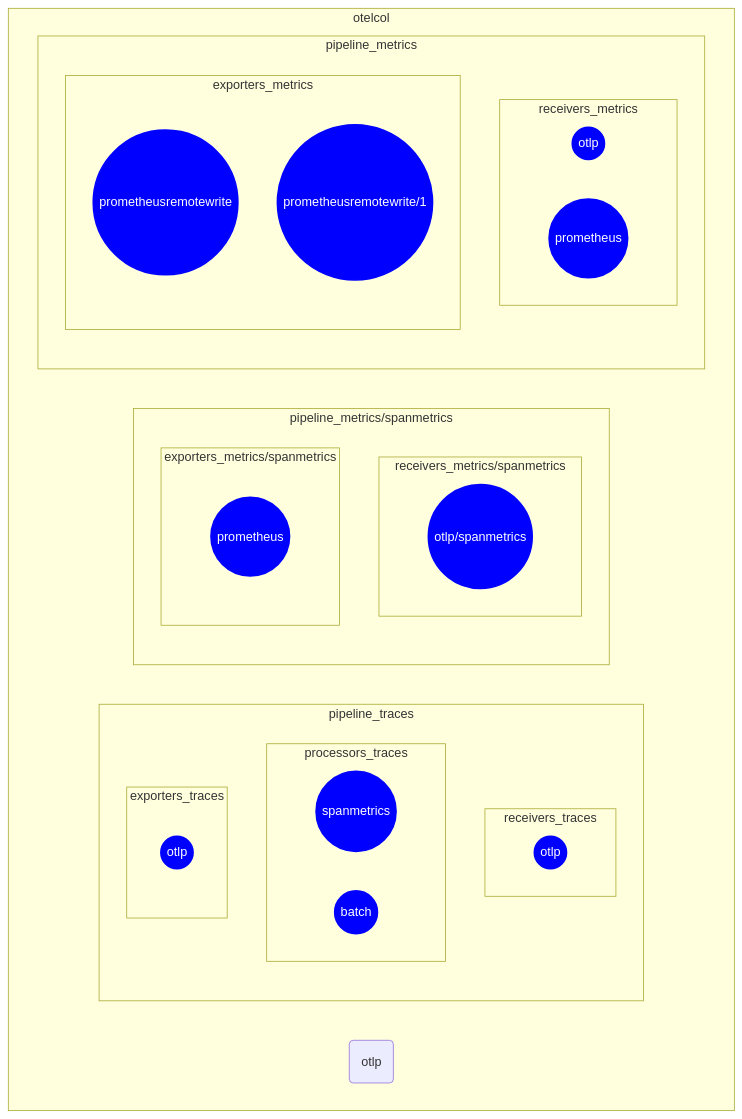
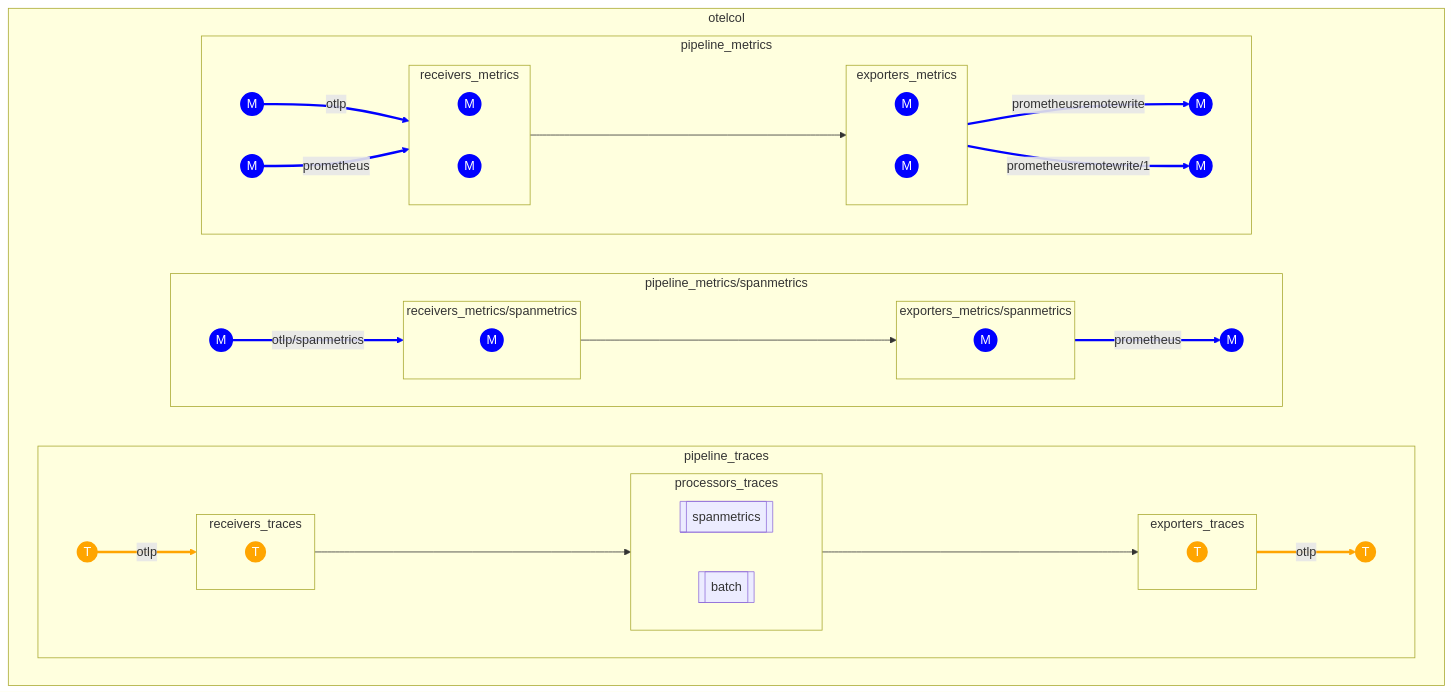
Before and after one commit to devrimdemiroz/opentelemetry-browser: the diagram in docs/GeneratedDiagram.md, drawn with Mermaid. The commit also changed 1 other file, not shown here.

Commit message:
otelcol visualizer - works for the given sample, need to feed more

````diff
--- a/docs/GeneratedDiagram.md
+++ b/docs/GeneratedDiagram.md
@@ -1,39 +1,67 @@
 ```mermaid
 flowchart TD
 classDef tclass fill:orange,stroke:orange,stroke-width:2px,color:#fff
 classDef mclass fill:blue,stroke:blue,stroke-width:2px,color:#fff
 subgraph otelcol
 direction LR
-subgraph pipeline_traces
-subgraph receivers_traces
-M0((otlp)):::mclass
-end
-subgraph processors_traces
-M1((spanmetrics)):::mclass
-M2((batch)):::mclass
-end
-subgraph exporters_traces
-M3((otlp)):::mclass
-end
-end
-subgraph pipeline_metrics/spanmetrics
-subgraph receivers_metrics/spanmetrics
-M4((otlp/spanmetrics)):::mclass
-end
-subgraph exporters_metrics/spanmetrics
-M5((prometheus)):::mclass
-end
-end
-subgraph pipeline_metrics
-subgraph receivers_metrics
-M6((otlp)):::mclass
-M7((prometheus)):::mclass
-end
-subgraph exporters_metrics
-M8((prometheusremotewrite)):::mclass
-M9((prometheusremotewrite/1)):::mclass
-end
-end
-te(otlp)
+  subgraph pipeline_traces
+  direction LR
+      subgraph receivers_traces
+      direction LR
+          otlp1((T)):::tclass
+      end
+      otlp0((T)):::tclass-->|otlp|otlp1((T)):::tclass
+        linkStyle 0 stroke:orange,stroke-width:3px
+      subgraph processors_traces
+      direction LR
+          spanmetrics2[[spanmetrics]]
+          batch3[[batch]]
+      end
+      subgraph exporters_traces
+      direction LR
+          otlp5((T)):::tclass
+      end
+      otlp5((T)):::tclass-->|otlp|otlp4((T)):::tclass
+        linkStyle 1 stroke:orange,stroke-width:3px
+  receivers_traces----->processors_traces----->exporters_traces
+  end
+  subgraph pipeline_metrics/spanmetrics
+  direction LR
+      subgraph receivers_metrics/spanmetrics
+      direction LR
+          otlp/spanmetrics7((M)):::mclass
+      end
+      otlp/spanmetrics6((M)):::mclass-->|otlp/spanmetrics|otlp/spanmetrics7((M)):::mclass
+        linkStyle 4 stroke:blue,stroke-width:3px
+      subgraph exporters_metrics/spanmetrics
+      direction LR
+          prometheus9((M)):::mclass
+      end
+      prometheus9((M)):::mclass-->|prometheus|prometheus8((M)):::mclass
+        linkStyle 5 stroke:blue,stroke-width:3px
+  receivers_metrics/spanmetrics----->exporters_metrics/spanmetrics
+  end
+  subgraph pipeline_metrics
+  direction LR
+      subgraph receivers_metrics
+      direction LR
+          otlp11((M)):::mclass
+          prometheus13((M)):::mclass
+      end
+      otlp10((M)):::mclass-->|otlp|otlp11((M)):::mclass
+        linkStyle 7 stroke:blue,stroke-width:3px
+prometheus12((M)):::mclass-->|prometheus|prometheus13((M)):::mclass
+        linkStyle 8 stroke:blue,stroke-width:3px
+      subgraph exporters_metrics
+      direction LR
+          prometheusremotewrite15((M)):::mclass
+          prometheusremotewrite/117((M)):::mclass
+      end
+      prometheusremotewrite15((M)):::mclass-->|prometheusremotewrite|prometheusremotewrite14((M)):::mclass
+        linkStyle 9 stroke:blue,stroke-width:3px
+prometheusremotewrite/117((M)):::mclass-->|prometheusremotewrite/1|prometheusremotewrite/116((M)):::mclass
+        linkStyle 10 stroke:blue,stroke-width:3px
+  receivers_metrics----->exporters_metrics
+  end
 end
 ```
````
